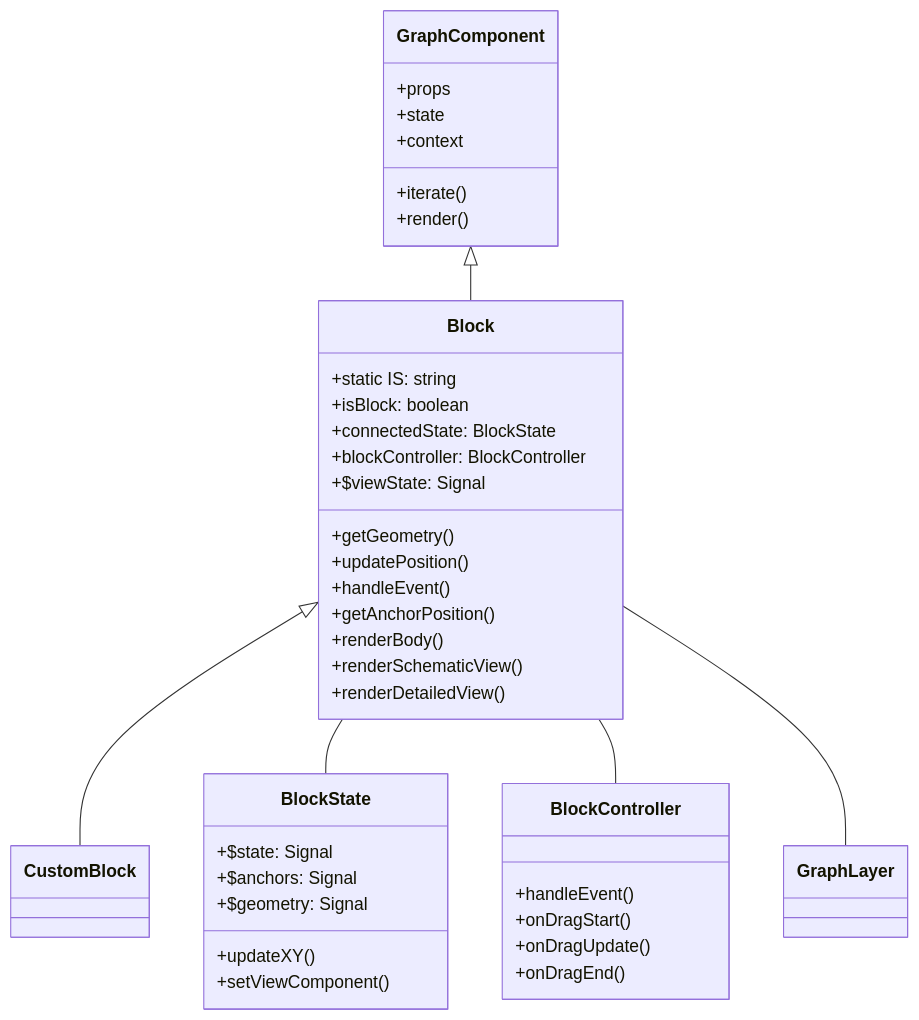
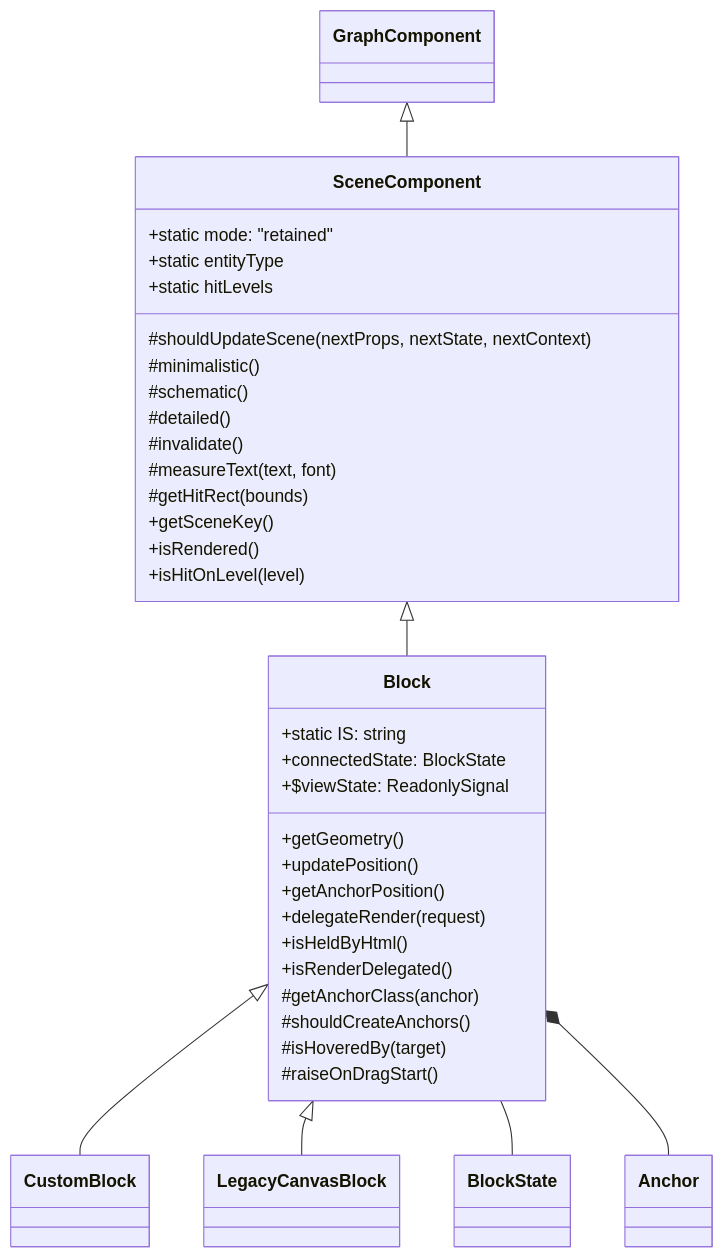
The diagram in packages/graph/docs/components/block-component.md (gravity-ui/graph), drawn with Mermaid before and after one commit. The commit also changed other lines of this file and 600 other files, not shown here.

First line of the commit message:
feat(graph)!: render blocks, anchors and connections in one scene (#454)

````diff
--- a/packages/graph/docs/components/block-component.md
+++ b/packages/graph/docs/components/block-component.md
@@ -9,46 +8,41 @@
 ```mermaid
 classDiagram
-    GraphComponent <|-- Block
+    GraphComponent <|-- SceneComponent
+    SceneComponent <|-- Block
     Block <|-- CustomBlock
+    Block <|-- LegacyCanvasBlock
     Block -- BlockState
-    Block -- BlockController
-    Block -- GraphLayer
-    
-    class GraphComponent {
-        +props
-        +state
-        +context
-        +iterate()
-        +render()
+    Block *-- Anchor
+
+    class SceneComponent {
+        +static mode: "retained"
+        +static entityType
+        +static hitLevels
+        #shouldUpdateScene(nextProps, nextState, nextContext)
+        #minimalistic()
+        #schematic()
+        #detailed()
+        #invalidate()
+        #measureText(text, font)
+        #getHitRect(bounds)
+        +getSceneKey()
+        +isRendered()
+        +isHitOnLevel(level)
     }
-    
+
     class Block {
         +static IS: string
-        +isBlock: boolean
         +connectedState: BlockState
-        +blockController: BlockController
-        +$viewState: Signal
+        +$viewState: ReadonlySignal
         +getGeometry()
         +updatePosition()
-        +handleEvent()
         +getAnchorPosition()
-        +renderBody()
-        +renderSchematicView()
-        +renderDetailedView()
-    }
-    
-    class BlockState {
-        +$state: Signal
-        +$anchors: Signal
-        +$geometry: Signal
-        +updateXY()
-        +setViewComponent()
-    }
-    
-    class BlockController {
-        +handleEvent()
-        +onDragStart()
-        +onDragUpdate()
-        +onDragEnd()
+        +delegateRender(request)
+        +isHeldByHtml()
+        +isRenderDelegated()
+        #getAnchorClass(anchor)
+        #shouldCreateAnchors()
+        #isHoveredBy(target)
+        #raiseOnDragStart()
     }
 ```
````
